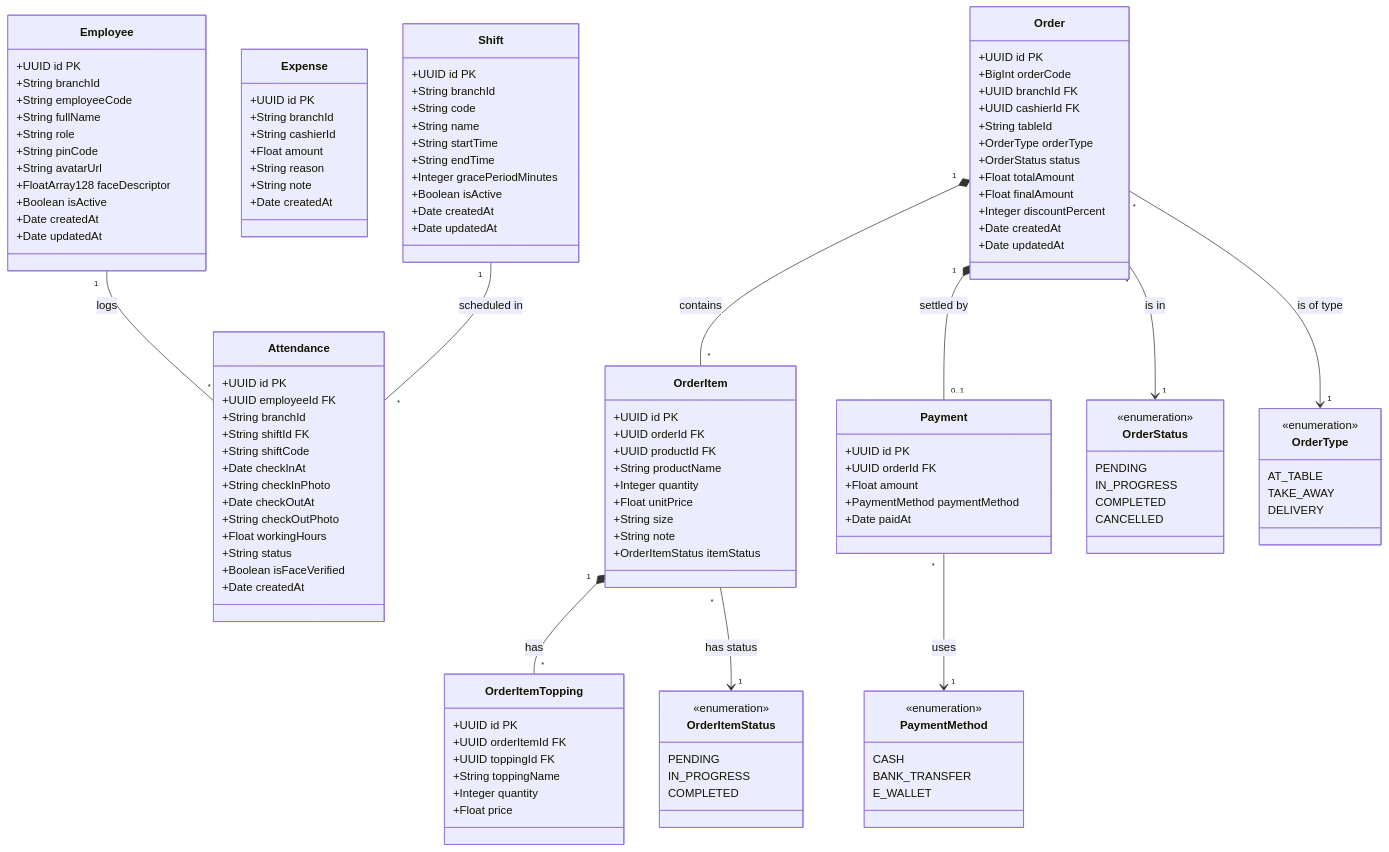
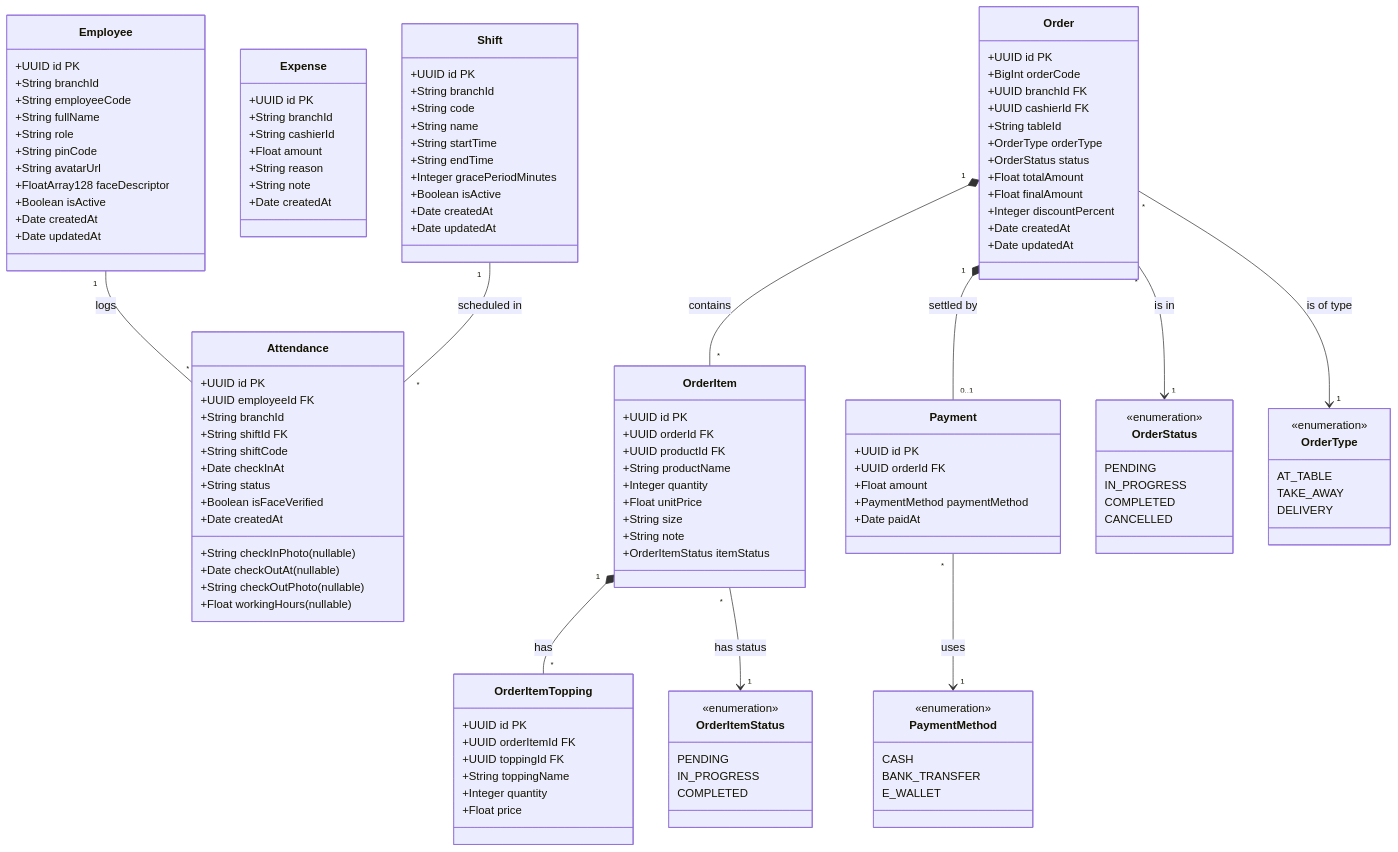
The third of 6 diagrams in docs/CLASS_DIAGRAMS.md (pnwang1704/KLTN_N70), drawn with Mermaid before and after one commit. The commit also changed 6 other files, not shown here.

```diff
--- a/docs/CLASS_DIAGRAMS.md
+++ b/docs/CLASS_DIAGRAMS.md
@@ -142,10 +142,10 @@
         +String shiftId FK
         +String shiftCode
         +Date checkInAt
-        +String checkInPhoto
-        +Date checkOutAt
-        +String checkOutPhoto
-        +Float workingHours
+        +String checkInPhoto (nullable)
+        +Date checkOutAt (nullable)
+        +String checkOutPhoto (nullable)
+        +Float workingHours (nullable)
         +String status
         +Boolean isFaceVerified
         +Date createdAt
```
